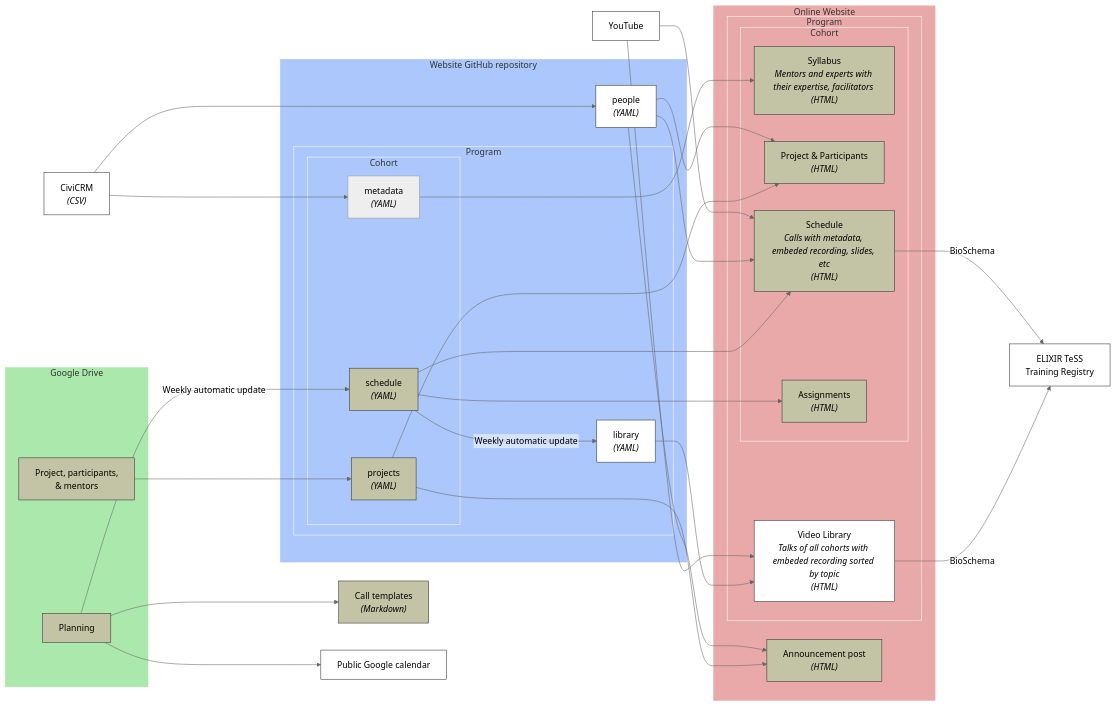
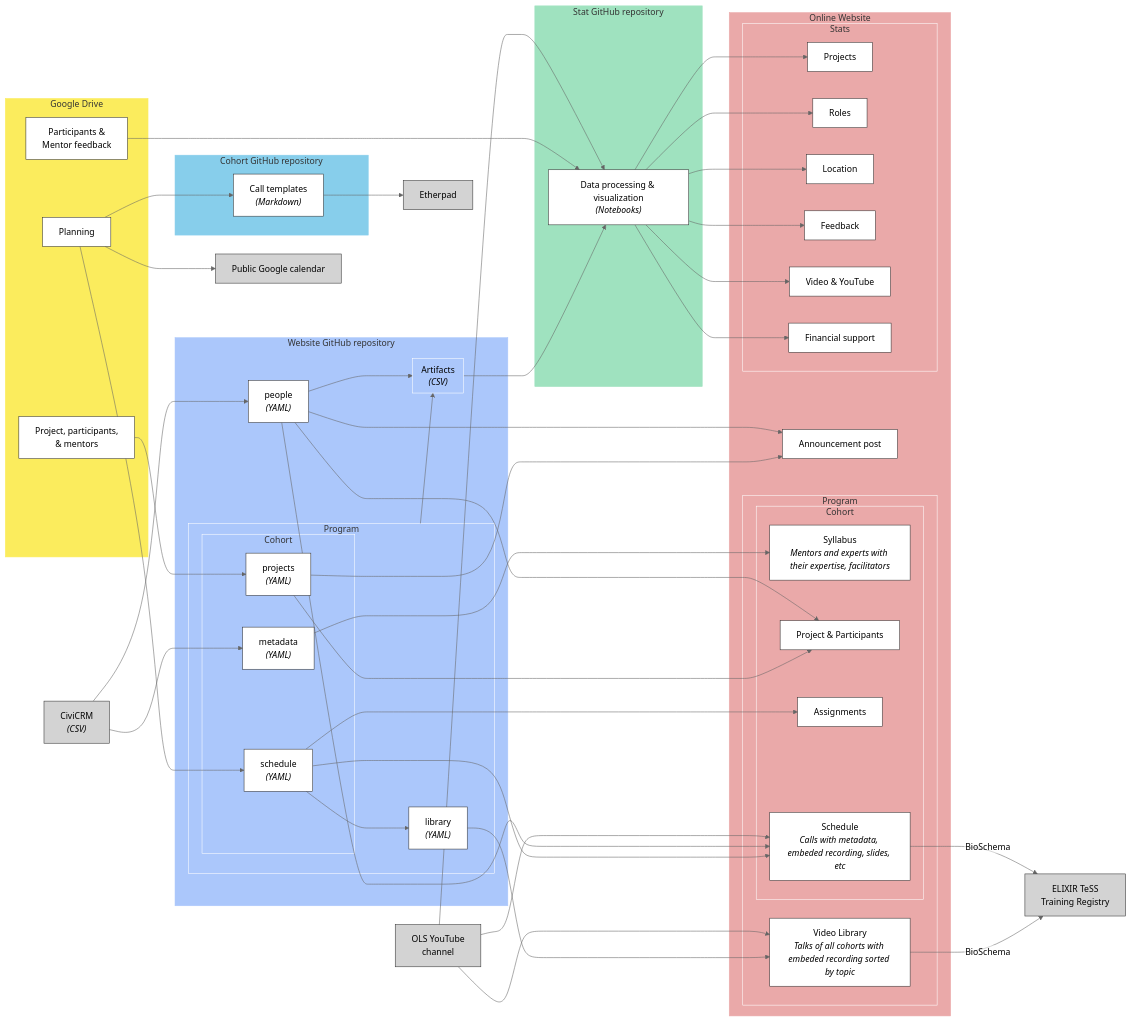
One commit to open-life-science/open-life-science.github.io changed the third of 4 diagrams in knowledge_management.md. Above: the diagram before and after it, drawn with Mermaid (neutral theme). The commit also changed other lines of this file, not shown here.

Commit message:
Clean KMS schemas

````diff
--- a/knowledge_management.md
+++ b/knowledge_management.md
@@ -190,77 +190,99 @@
 %%{init: {"flowchart": {"htmlLabels": false}} }%%
 
 flowchart LR
-    classDef cohort fill:#c3c4a5,stroke:#333
-    classDef nonCohort fill:#fff,stroke:#333
+    classDef cohort fill:#fff,stroke:#333
+    classDef nonCohort fill:#d3d3d3,stroke:#333
 
     civiPeople["`CiviCRM 
     *(CSV)*`"]:::nonCohort
-    callTemplates["`Call templates 
-    *(Markdown)*`"]:::cohort
+    etherpad["`Etherpad`"]:::nonCohort
     teSS["`ELIXIR TeSS 
     Training Registry`"]:::nonCohort
-    youtube["YouTube"]:::nonCohort
+    youtube["`OLS YouTube 
+    channel`"]:::nonCohort
     calendar["Public Google calendar"]:::nonCohort
 
     subgraph drive["Google Drive"]
         participantSheet["`Project, participants, 
         & mentors`"]:::cohort
         planningSheet["Planning"]:::cohort
+        feedbackCSV["`Participants & 
+        Mentor feedback`"]:::cohort
     end
-    style drive fill:#abe8ab,stroke:#abe8ab
+    style drive fill:#fbec5d,stroke:#fbec5d
 
     subgraph github["Website GitHub repository"]
         peopleYAML["`people 
-        *(YAML)*`"]:::nonCohort
+        *(YAML)*`"]:::cohort
         subgraph githubProgram["Program"]
             libraryYAML["`library 
-            *(YAML)*`"]:::nonCohort
+            *(YAML)*`"]:::cohort
             subgraph githubCohort["Cohort"]
                 projectYAML["`projects 
                 *(YAML)*`"]:::cohort
                 scheduleYAML["`schedule 
                 *(YAML)*`"]:::cohort
                 metadataYAML["`metadata 
-                *(YAML)*`"]:::Cohort
+                *(YAML)*`"]:::cohort
             end
             style githubCohort fill:#abc7fb,stroke:#fff
         end
         style githubProgram fill:#abc7fb,stroke:#fff
+        subgraph artifact["`Artifacts
+        *(CSV)*`"]
+        end
+        style artifact fill:#abc7fb,stroke:#fff
     end
     style github fill:#abc7fb,stroke:#abc7fb
 
+    subgraph cohortGithub["Cohort GitHub repository"]
+        callTemplates["`Call templates 
+        *(Markdown)*`"]:::cohort
+    end
+    style cohortGithub fill:#87ceeb,stroke:#87ceeb
+
+    subgraph statGithub["Stat GitHub repository"]
+        notebooks["`Data processing & visualization
+        *(Notebooks)*`"]:::cohort
+    end
+    style statGithub fill:#9fe2bf,stroke:#9fe2bf
+
     subgraph website["Online Website"]
-        postHTML["`Announcement post
-        *(HTML)*`"]:::cohort
+        postHTML["`Announcement post`"]:::cohort
         subgraph websiteProgram["Program"]
             libraryHTML["`Video Library
-            _Talks of all cohorts with embeded recording sorted by topic_
-            *(HTML)*`"]:::nonCohort
+            _Talks of all cohorts with embeded recording sorted by topic_`"]:::cohort
             subgraph websiteCohort["Cohort"]
                 syllabusHTML["`Syllabus
-                _Mentors and experts with their expertise, facilitators_ 
-                *(HTML)*`"]:::cohort
-                projectHTML["`Project & Participants
-                *(HTML)*`"]:::cohort
+                _Mentors and experts with their expertise, facilitators_`"]:::cohort
+                projectHTML["`Project & Participants`"]:::cohort
+                assignmentHTML["`Assignments`"]:::cohort
                 scheduleHTML["`Schedule
-                _Calls with metadata, embeded recording, slides, etc_
-                *(HTML)*`"]:::cohort
-                assignmentHTML["`Assignments
-                *(HTML)*`"]:::cohort
+                _Calls with metadata, embeded recording, slides, etc_`"]:::cohort
             end
             style websiteCohort fill:#eaa9a9,stroke:#fff
         end
         style websiteProgram fill:#eaa9a9,stroke:#fff
+        subgraph websiteStat["Stats"]
+            projectStatHTML["`Projects`"]:::cohort
+            rolesHTML["`Roles`"]:::cohort
+            locationHTML["`Location`"]:::cohort
+            feedbackHTML["`Feedback`"]:::cohort
+            videoHTML["`Video & YouTube`"]:::cohort
+            supportHTML["`Financial support`"]:::cohort
+        end
+        style websiteStat fill:#eaa9a9,stroke:#fff
     end
     style website fill:#eaa9a9,stroke:#eaa9a9
 
     civiPeople --> peopleYAML
     civiPeople --> metadataYAML
     participantSheet --> projectYAML
-    planningSheet -- Weekly automatic update --> scheduleYAML
+    planningSheet --> scheduleYAML
     planningSheet --> calendar
-    scheduleYAML -- Weekly automatic update --> libraryYAML
+    scheduleYAML --> libraryYAML
     planningSheet --> callTemplates
+    callTemplates --> etherpad
     projectYAML --> postHTML
     projectYAML --> projectHTML
     scheduleYAML --> scheduleHTML
@@ -274,4 +296,15 @@
     scheduleHTML -- BioSchema --> teSS
     youtube --> scheduleHTML
     youtube --> libraryHTML
+    peopleYAML --> artifact
+    githubProgram --> artifact
+    artifact --> notebooks
+    feedbackCSV --> notebooks
+    youtube --> notebooks
+    notebooks --> projectStatHTML
+    notebooks --> rolesHTML
+    notebooks --> locationHTML
+    notebooks --> feedbackHTML
+    notebooks --> videoHTML
+    notebooks --> supportHTML
 ```
````
